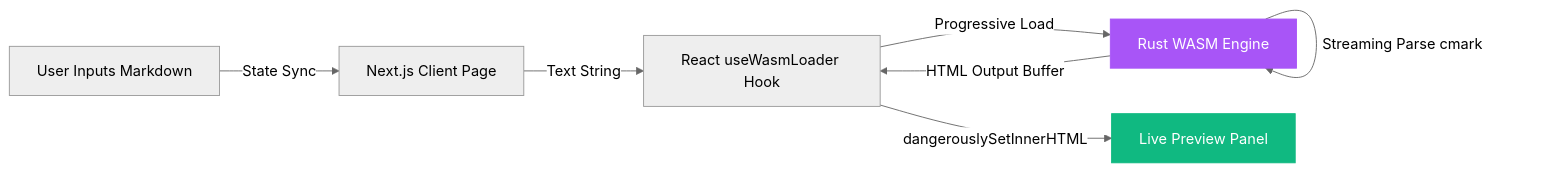
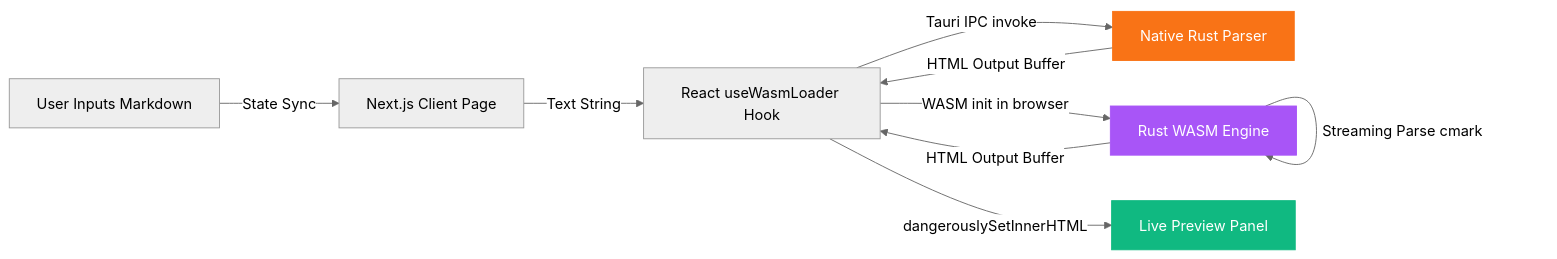
The diagram in readme.md (MixoMate-OpenSource/WasmMarkdown), drawn with Mermaid (neutral theme) before and after one commit. The commit also changed other lines of this file and 1 other file, not shown here.

````diff
--- a/readme.md
+++ b/readme.md
@@ -23,11 +23,14 @@
 ```mermaid
 graph LR
     A[User Inputs Markdown] -->|State Sync| B[Next.js Client Page]
     B -->|Text String| C[React useWasmLoader Hook]
-    C -->|Progressive Load| D[Rust WASM Engine]
+    C -->|Tauri IPC invoke| F[Native Rust Parser]
+    C -->|WASM init in browser| D[Rust WASM Engine]
     D -->|Streaming Parse cmark| D
     D -->|HTML Output Buffer| C
+    F -->|HTML Output Buffer| C
     C -->|dangerouslySetInnerHTML| E[Live Preview Panel]
     style D fill:#a855f7,stroke:#a855f7,color:#fff
+    style F fill:#f97316,stroke:#f97316,color:#fff
     style E fill:#10b981,stroke:#10b981,color:#fff
 ```
````
